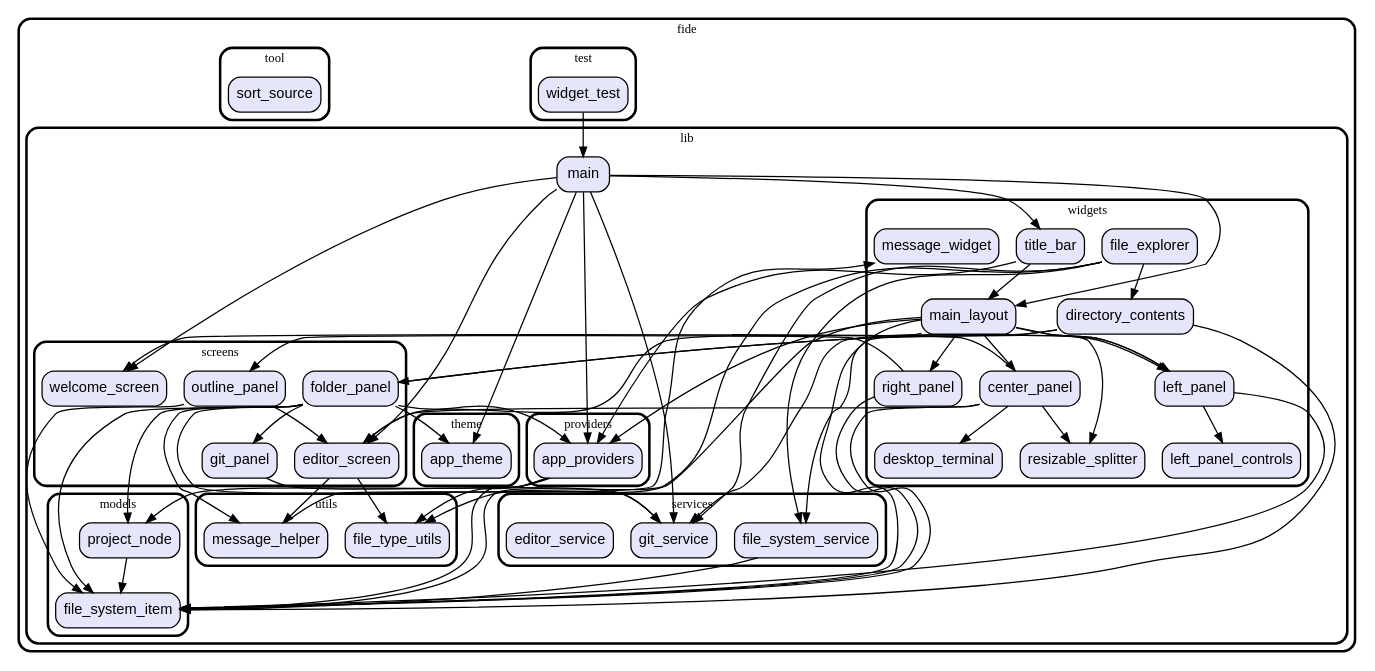
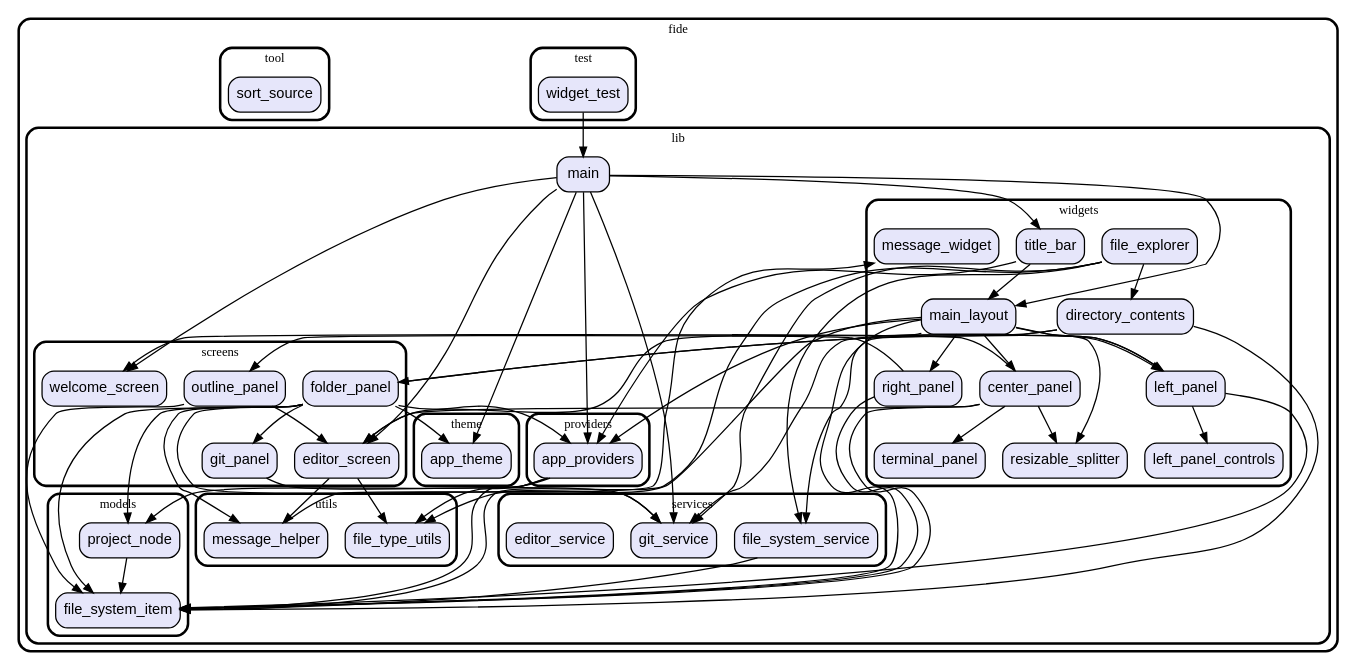
The diagram in graph.dot (vteam-com/FIDE), drawn with Graphviz before and after one commit. The commit also changed 3 other files, not shown here.

```diff
--- a/graph.dot
+++ b/graph.dot
@@ -1,148 +1,148 @@
 digraph "" {
   graph [style=rounded fontname="Arial Black" fontsize=13 penwidth=2.6];
   node [shape=rect style="filled,rounded" fontname=Arial fontsize=15 fillcolor=Lavender penwidth=1.3];
   edge [penwidth=1.3];
   "/test/widget_test.dart" [label="widget_test"];
   "/lib/providers/app_providers.dart" [label="app_providers"];
   "/lib/utils/message_helper.dart" [label="message_helper"];
   "/lib/utils/file_type_utils.dart" [label="file_type_utils"];
   "/lib/models/project_node.dart" [label="project_node"];
   "/lib/models/file_system_item.dart" [label="file_system_item"];
   "/lib/screens/git_panel.dart" [label="git_panel"];
   "/lib/screens/outline_panel.dart" [label="outline_panel"];
   "/lib/screens/folder_panel.dart" [label="folder_panel"];
   "/lib/screens/editor_screen.dart" [label="editor_screen"];
   "/lib/screens/welcome_screen.dart" [label="welcome_screen"];
   "/lib/main.dart" [label="main"];
   "/lib/theme/app_theme.dart" [label="app_theme"];
   "/lib/services/git_service.dart" [label="git_service"];
   "/lib/services/file_system_service.dart" [label="file_system_service"];
   "/lib/services/editor_service.dart" [label="editor_service"];
   "/lib/widgets/left_panel_controls.dart" [label="left_panel_controls"];
   "/lib/widgets/resizable_splitter.dart" [label="resizable_splitter"];
   "/lib/widgets/directory_contents.dart" [label="directory_contents"];
   "/lib/widgets/title_bar.dart" [label="title_bar"];
   "/lib/widgets/main_layout.dart" [label="main_layout"];
   "/lib/widgets/file_explorer.dart" [label="file_explorer"];
   "/lib/widgets/message_widget.dart" [label="message_widget"];
   "/lib/widgets/left_panel.dart" [label="left_panel"];
-  "/lib/widgets/desktop_terminal.dart" [label="desktop_terminal"];
+  "/lib/widgets/terminal_panel.dart" [label="terminal_panel"];
   "/lib/widgets/center_panel.dart" [label="center_panel"];
   "/lib/widgets/right_panel.dart" [label="right_panel"];
   "/tool/sort_source.dart" [label="sort_source"];
   subgraph "cluster~" {
     label="fide";
     subgraph "cluster~/test" {
       label="test";
       "/test/widget_test.dart";
     }
     subgraph "cluster~/lib" {
       label="lib";
       "/lib/main.dart";
       subgraph "cluster~/lib/providers" {
         label="providers";
         "/lib/providers/app_providers.dart";
       }
       subgraph "cluster~/lib/utils" {
         label="utils";
         "/lib/utils/message_helper.dart";
         "/lib/utils/file_type_utils.dart";
       }
       subgraph "cluster~/lib/models" {
         label="models";
         "/lib/models/project_node.dart";
         "/lib/models/file_system_item.dart";
       }
       subgraph "cluster~/lib/screens" {
         label="screens";
         "/lib/screens/git_panel.dart";
         "/lib/screens/outline_panel.dart";
         "/lib/screens/folder_panel.dart";
         "/lib/screens/editor_screen.dart";
         "/lib/screens/welcome_screen.dart";
       }
       subgraph "cluster~/lib/theme" {
         label="theme";
         "/lib/theme/app_theme.dart";
       }
       subgraph "cluster~/lib/services" {
         label="services";
         "/lib/services/git_service.dart";
         "/lib/services/file_system_service.dart";
         "/lib/services/editor_service.dart";
       }
       subgraph "cluster~/lib/widgets" {
         label="widgets";
         "/lib/widgets/left_panel_controls.dart";
         "/lib/widgets/resizable_splitter.dart";
         "/lib/widgets/directory_contents.dart";
         "/lib/widgets/title_bar.dart";
         "/lib/widgets/main_layout.dart";
         "/lib/widgets/file_explorer.dart";
         "/lib/widgets/message_widget.dart";
         "/lib/widgets/left_panel.dart";
-        "/lib/widgets/desktop_terminal.dart";
+        "/lib/widgets/terminal_panel.dart";
         "/lib/widgets/center_panel.dart";
         "/lib/widgets/right_panel.dart";
       }
     }
     subgraph "cluster~/tool" {
       label="tool";
       "/tool/sort_source.dart";
     }
   }
   "/test/widget_test.dart" -> "/lib/main.dart";
   "/lib/providers/app_providers.dart" -> "/lib/models/file_system_item.dart";
   "/lib/providers/app_providers.dart" -> "/lib/models/project_node.dart";
   "/lib/providers/app_providers.dart" -> "/lib/utils/file_type_utils.dart";
   "/lib/utils/message_helper.dart" -> "/lib/widgets/message_widget.dart";
   "/lib/models/project_node.dart" -> "/lib/models/file_system_item.dart";
   "/lib/screens/git_panel.dart" -> "/lib/services/git_service.dart";
   "/lib/screens/outline_panel.dart" -> "/lib/models/file_system_item.dart";
   "/lib/screens/outline_panel.dart" -> "/lib/screens/editor_screen.dart";
   "/lib/screens/folder_panel.dart" -> "/lib/models/project_node.dart";
   "/lib/screens/folder_panel.dart" -> "/lib/models/file_system_item.dart";
   "/lib/screens/folder_panel.dart" -> "/lib/services/git_service.dart";
   "/lib/screens/folder_panel.dart" -> "/lib/utils/message_helper.dart";
   "/lib/screens/folder_panel.dart" -> "/lib/screens/git_panel.dart";
   "/lib/screens/folder_panel.dart" -> "/lib/theme/app_theme.dart";
   "/lib/screens/folder_panel.dart" -> "/lib/widgets/left_panel.dart";
   "/lib/screens/folder_panel.dart" -> "/lib/providers/app_providers.dart";
   "/lib/screens/editor_screen.dart" -> "/lib/utils/message_helper.dart";
   "/lib/screens/editor_screen.dart" -> "/lib/utils/file_type_utils.dart";
   "/lib/main.dart" -> "/lib/providers/app_providers.dart";
   "/lib/main.dart" -> "/lib/widgets/main_layout.dart";
   "/lib/main.dart" -> "/lib/widgets/title_bar.dart";
   "/lib/main.dart" -> "/lib/screens/editor_screen.dart";
   "/lib/main.dart" -> "/lib/screens/welcome_screen.dart";
   "/lib/main.dart" -> "/lib/services/git_service.dart";
   "/lib/main.dart" -> "/lib/theme/app_theme.dart";
   "/lib/services/file_system_service.dart" -> "/lib/models/file_system_item.dart";
   "/lib/widgets/directory_contents.dart" -> "/lib/services/file_system_service.dart";
   "/lib/widgets/directory_contents.dart" -> "/lib/services/git_service.dart";
   "/lib/widgets/directory_contents.dart" -> "/lib/models/file_system_item.dart";
   "/lib/widgets/title_bar.dart" -> "/lib/providers/app_providers.dart";
   "/lib/widgets/title_bar.dart" -> "/lib/widgets/main_layout.dart";
   "/lib/widgets/main_layout.dart" -> "/lib/screens/editor_screen.dart";
   "/lib/widgets/main_layout.dart" -> "/lib/providers/app_providers.dart";
   "/lib/widgets/main_layout.dart" -> "/lib/models/file_system_item.dart";
   "/lib/widgets/main_layout.dart" -> "/lib/utils/file_type_utils.dart";
   "/lib/widgets/main_layout.dart" -> "/lib/widgets/resizable_splitter.dart";
   "/lib/widgets/main_layout.dart" -> "/lib/widgets/left_panel.dart";
   "/lib/widgets/main_layout.dart" -> "/lib/widgets/center_panel.dart";
   "/lib/widgets/main_layout.dart" -> "/lib/widgets/right_panel.dart";
   "/lib/widgets/file_explorer.dart" -> "/lib/services/file_system_service.dart";
   "/lib/widgets/file_explorer.dart" -> "/lib/services/git_service.dart";
   "/lib/widgets/file_explorer.dart" -> "/lib/models/file_system_item.dart";
   "/lib/widgets/file_explorer.dart" -> "/lib/widgets/directory_contents.dart";
   "/lib/widgets/left_panel.dart" -> "/lib/screens/folder_panel.dart";
   "/lib/widgets/left_panel.dart" -> "/lib/widgets/left_panel_controls.dart";
   "/lib/widgets/left_panel.dart" -> "/lib/models/file_system_item.dart";
   "/lib/widgets/center_panel.dart" -> "/lib/screens/welcome_screen.dart";
   "/lib/widgets/center_panel.dart" -> "/lib/screens/editor_screen.dart";
-  "/lib/widgets/center_panel.dart" -> "/lib/widgets/desktop_terminal.dart";
+  "/lib/widgets/center_panel.dart" -> "/lib/widgets/terminal_panel.dart";
   "/lib/widgets/center_panel.dart" -> "/lib/widgets/resizable_splitter.dart";
   "/lib/widgets/center_panel.dart" -> "/lib/models/file_system_item.dart";
   "/lib/widgets/right_panel.dart" -> "/lib/screens/outline_panel.dart";
   "/lib/widgets/right_panel.dart" -> "/lib/models/file_system_item.dart";
 }
```
